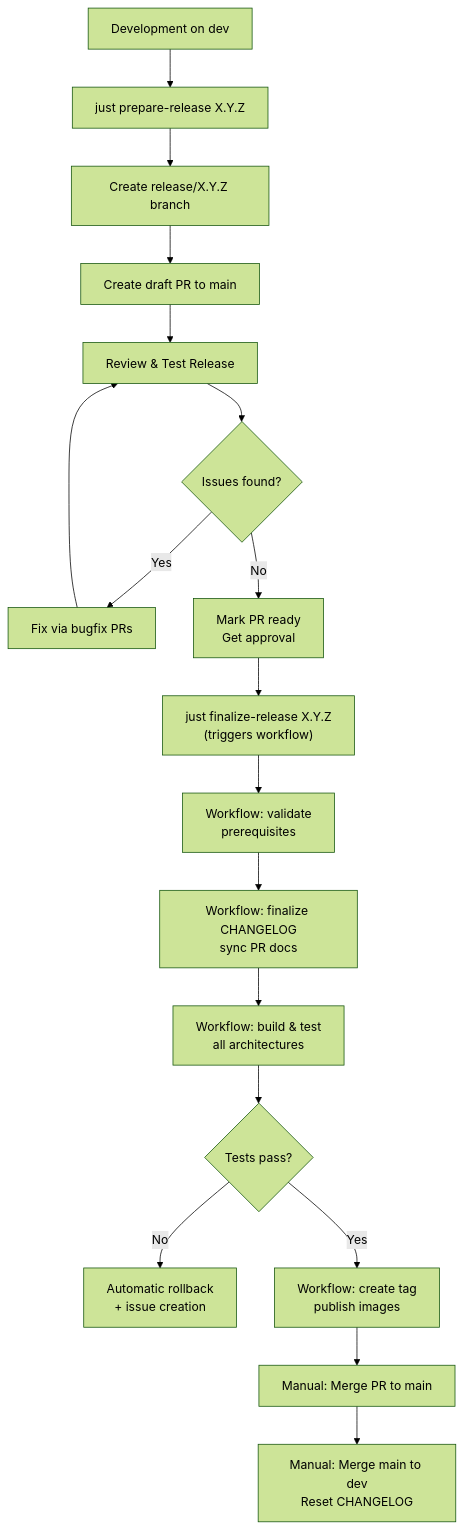
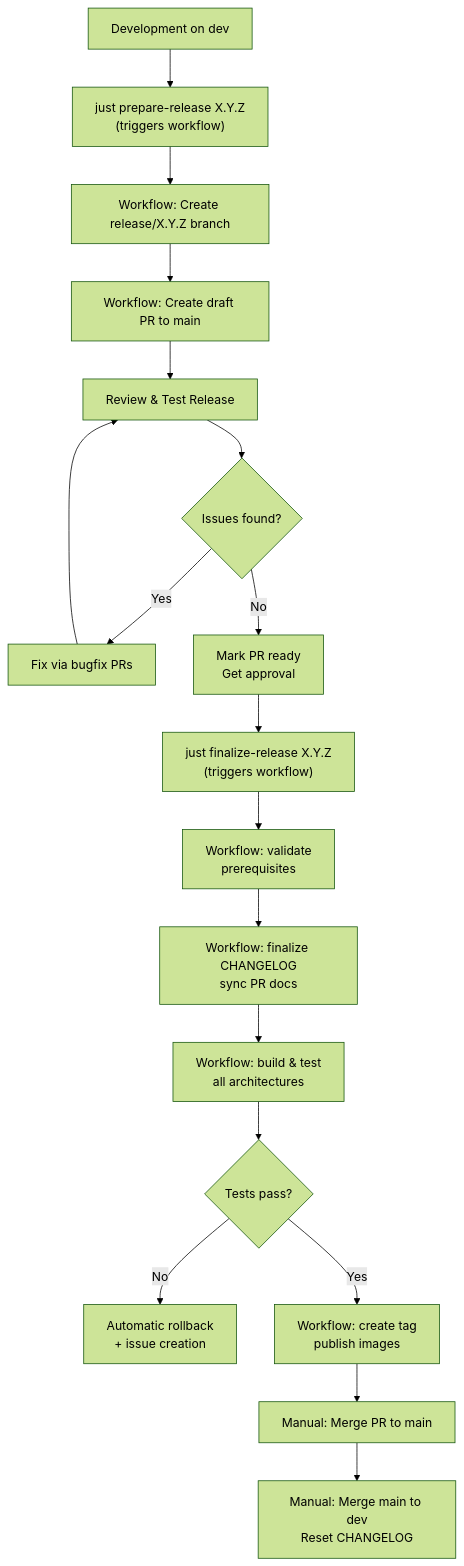
The second of 2 diagrams in docs/RELEASE_CYCLE.md (vig-os/devcontainer), drawn with Mermaid (forest theme) before and after one commit. The commit also changed other lines of this file and 4 other files, not shown here.

First line of the commit message:
refactor(ci): move prepare-release from local script to GitHub Actions workflow

````diff
--- a/docs/RELEASE_CYCLE.md
+++ b/docs/RELEASE_CYCLE.md
@@ -82,20 +82,20 @@
 ```mermaid
 graph TB
-    A["Development on dev"] --> B["just prepare-release X.Y.Z"]
-    B --> C["Create release/X.Y.Z branch"]
-    C --> D["Create draft PR to main"]
+    A["Development on dev"] --> B["just prepare-release X.Y.Z<br/>(triggers workflow)"]
+    B --> C["Workflow: Create release/X.Y.Z branch"]
+    C --> D["Workflow: Create draft PR to main"]
     D --> E["Review & Test Release"]
     E --> F{Issues found?}
     F -->|Yes| G["Fix via bugfix PRs"]
     G --> E
     F -->|No| H["Mark PR ready<br/>Get approval"]
     H --> I["just finalize-release X.Y.Z<br/>(triggers workflow)"]
     I --> J["Workflow: validate<br/>prerequisites"]
     J --> K["Workflow: finalize CHANGELOG<br/>sync PR docs"]
     K --> L["Workflow: build & test<br/>all architectures"]
     L --> M{Tests pass?}
     M -->|No| N["Automatic rollback<br/>+ issue creation"]
     M -->|Yes| O["Workflow: create tag<br/>publish images"]
     O --> P["Manual: Merge PR to main"]
     P --> Q["Manual: Merge main to dev<br/>Reset CHANGELOG"]
 ```
````
